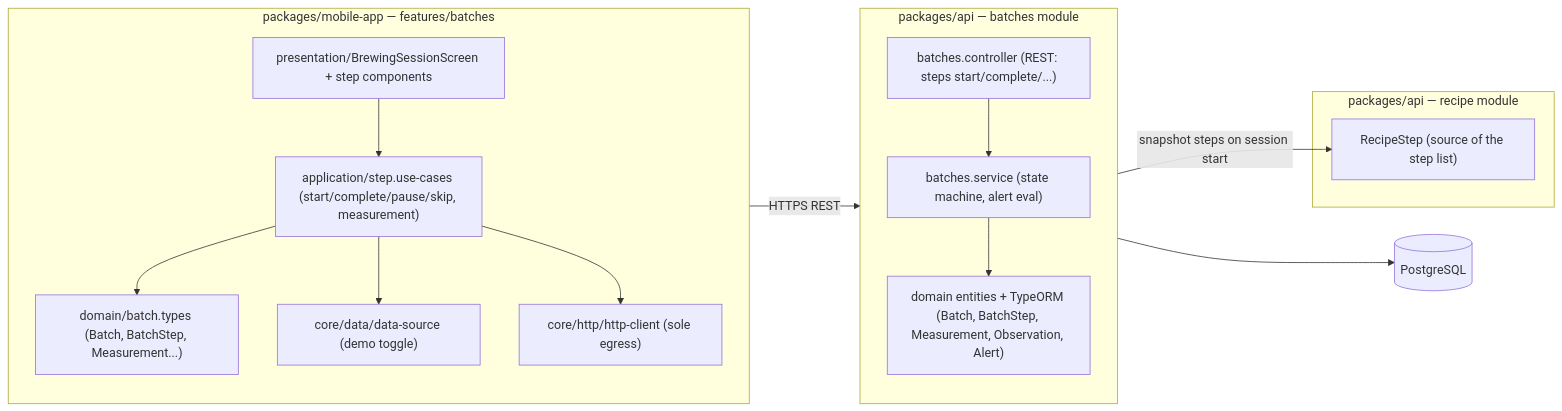
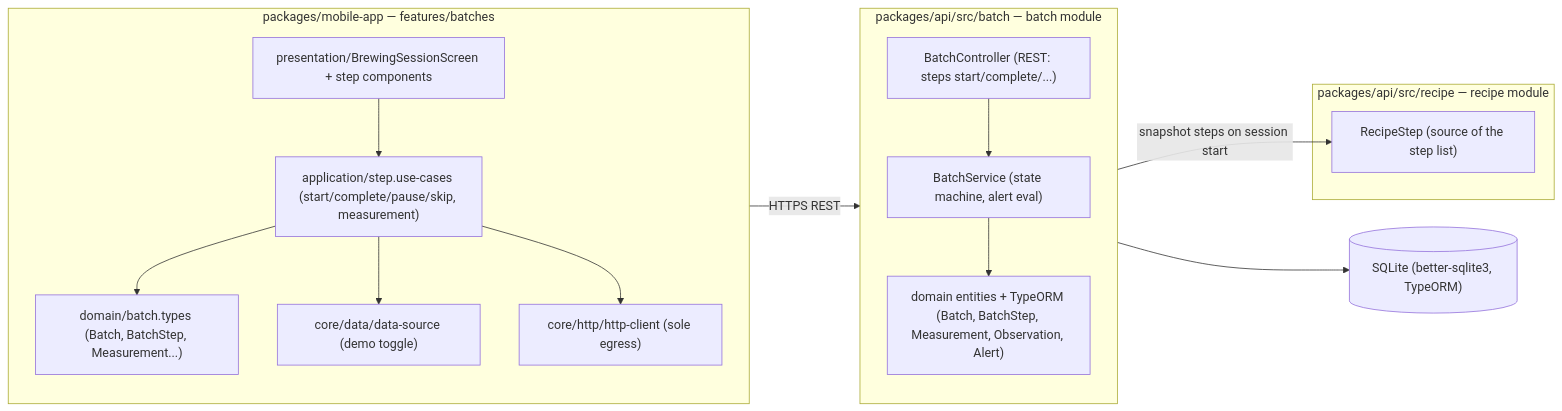
The diagram in docs/architecture/diagrams/brewing-session/03-component.md (benoit-bremaud/brasse-bouillon), drawn with Mermaid before and after one commit. The commit also changed other lines of this file and 3 other files, not shown here.

````diff
--- a/docs/architecture/diagrams/brewing-session/03-component.md
+++ b/docs/architecture/diagrams/brewing-session/03-component.md
@@ -17,34 +17,34 @@
 ```mermaid
 flowchart LR
   subgraph Mobile ["packages/mobile-app — features/batches"]
     direction TB
     Screen["presentation/BrewingSessionScreen + step components"]
     UCs["application/step.use-cases (start/complete/pause/skip, measurement)"]
     Domain["domain/batch.types (Batch, BatchStep, Measurement...)"]
     HTTP["core/http/http-client (sole egress)"]
     DataSrc["core/data/data-source (demo toggle)"]
     Screen --> UCs
     UCs --> Domain
     UCs --> DataSrc
     UCs --> HTTP
   end
 
-  subgraph API ["packages/api — batches module"]
+  subgraph API ["packages/api/src/batch — batch module"]
     direction TB
-    Ctrl["batches.controller (REST: steps start/complete/...)"]
-    Svc["batches.service (state machine, alert eval)"]
+    Ctrl["BatchController (REST: steps start/complete/...)"]
+    Svc["BatchService (state machine, alert eval)"]
     Ent["domain entities + TypeORM (Batch, BatchStep, Measurement, Observation, Alert)"]
     Ctrl --> Svc
     Svc --> Ent
   end
 
-  subgraph Recipes ["packages/api — recipe module"]
+  subgraph Recipes ["packages/api/src/recipe — recipe module"]
     RStep["RecipeStep (source of the step list)"]
   end
 
-  DB[("PostgreSQL")]
+  DB[("SQLite (better-sqlite3, TypeORM)")]
 
   HTTP -->|"HTTPS REST"| Ctrl
   Ent --> DB
   Svc -->|"snapshot steps on session start"| RStep
 ```
````
